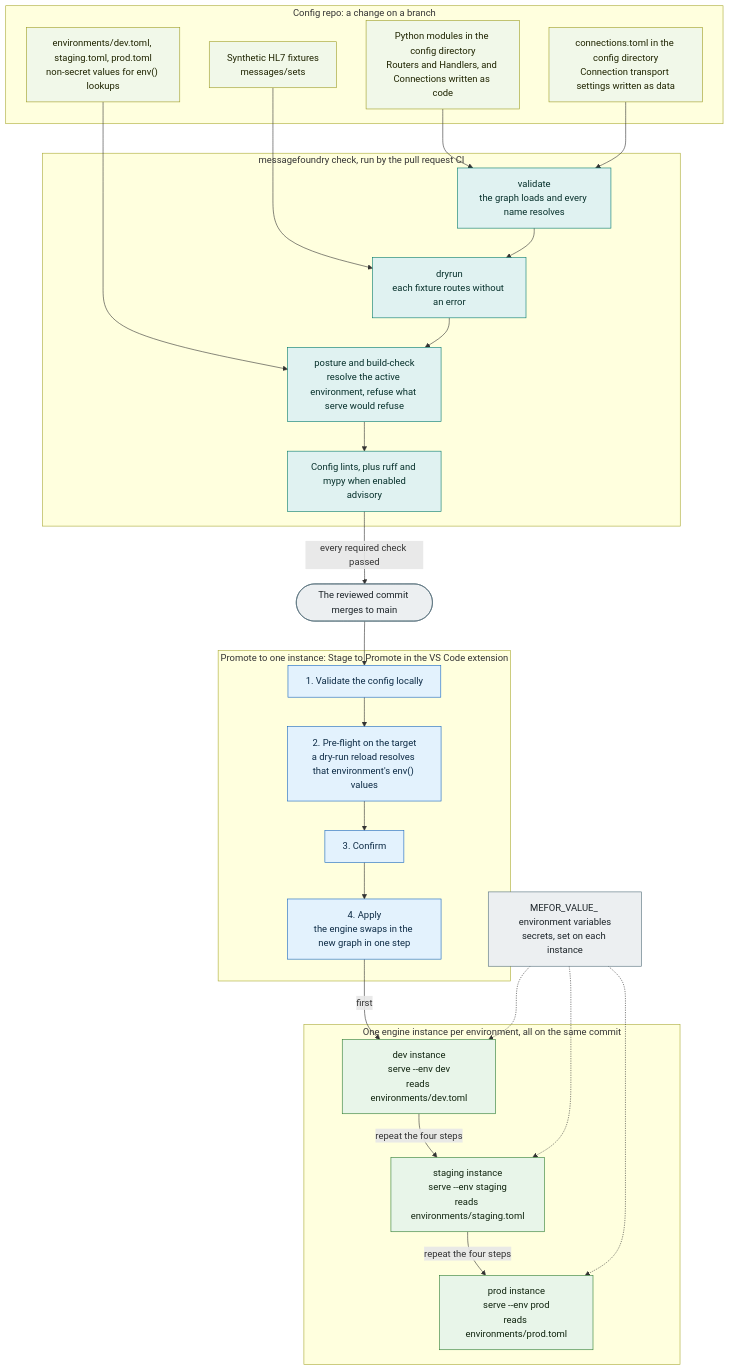
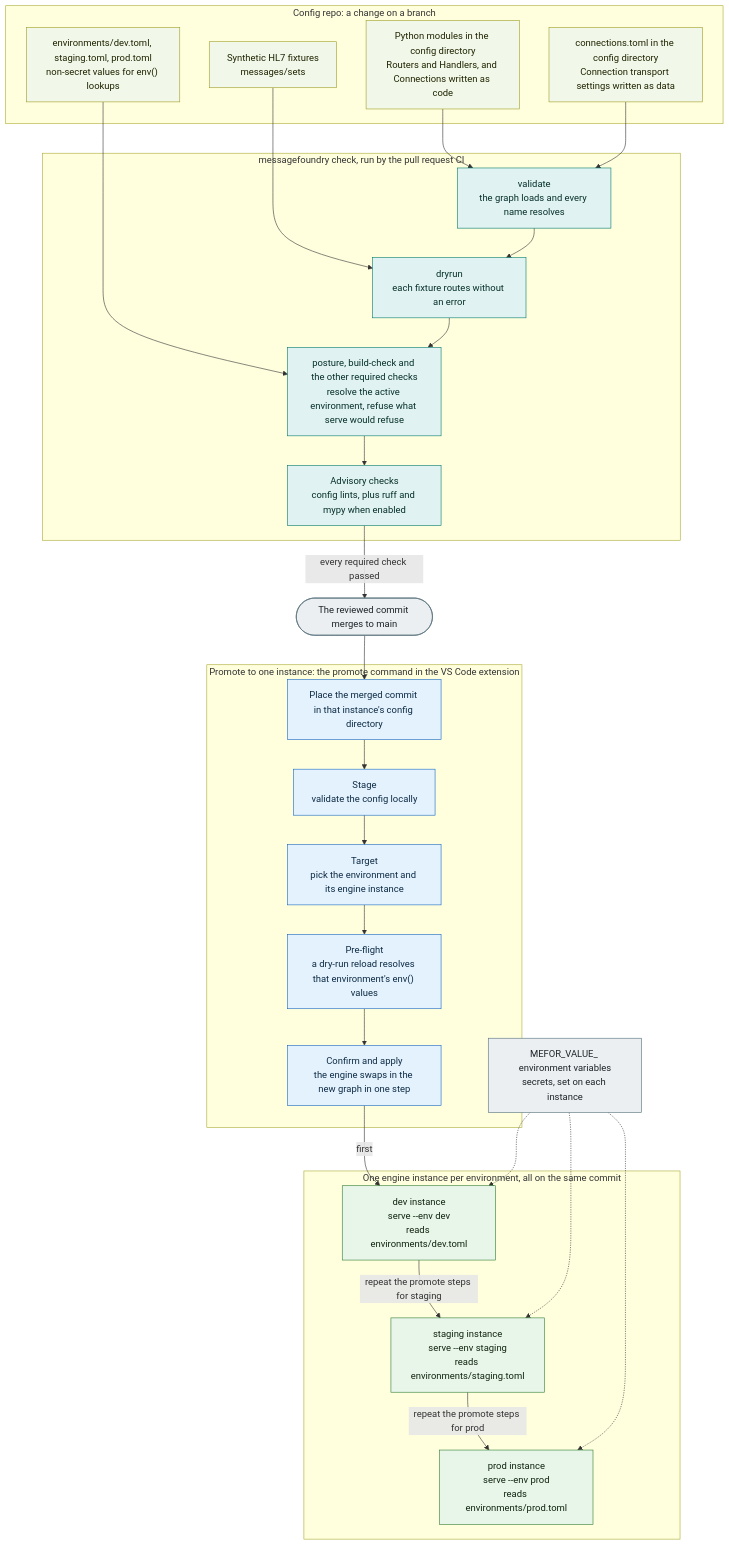
One commit to MEFORORG/MessageFoundry changed the diagram in docs/ADOPTER-CI.md. Above: the diagram before and after it, drawn with Mermaid. The commit also changed other lines of this file and 2 other files, not shown here.

First line of the commit message:
docs(diagrams): apply code-review round one to the three new diagrams

````diff
--- a/docs/ADOPTER-CI.md
+++ b/docs/ADOPTER-CI.md
@@ -32,58 +32,60 @@
 ```mermaid
 flowchart TB
   classDef cfg fill:#f1f8e9,stroke:#9e9d24,color:#1f2400;
   classDef devtool fill:#e0f2f1,stroke:#00796b,color:#06302b;
   classDef opstool fill:#e3f2fd,stroke:#1565c0,color:#0d2b45;
   classDef core fill:#e8f5e9,stroke:#2e7d32,color:#10240f;
   classDef ext fill:#eceff1,stroke:#546e7a,color:#1c2429;
 
   subgraph AUTHOR["Config repo: a change on a branch"]
     LOGIC["Python modules in the config directory<br/>Routers and Handlers, and Connections written as code"]:::cfg
     CONNS["connections.toml in the config directory<br/>Connection transport settings written as data"]:::cfg
     VALUES["environments/dev.toml, staging.toml, prod.toml<br/>non-secret values for env() lookups"]:::cfg
     FIXTURES["Synthetic HL7 fixtures<br/>messages/sets"]:::cfg
   end
 
   subgraph CHECK["messagefoundry check, run by the pull request CI"]
     VALIDATE["validate<br/>the graph loads and every name resolves"]:::devtool
     DRYRUN["dryrun<br/>each fixture routes without an error"]:::devtool
-    POSTURE["posture and build-check<br/>resolve the active environment, refuse what serve would refuse"]:::devtool
-    LINT["Config lints, plus ruff and mypy when enabled<br/>advisory"]:::devtool
+    POSTURE["posture, build-check and the other required checks<br/>resolve the active environment, refuse what serve would refuse"]:::devtool
+    LINT["Advisory checks<br/>config lints, plus ruff and mypy when enabled"]:::devtool
   end
 
   MERGED(["The reviewed commit merges to main"]):::ext
 
-  subgraph PROMOTE["Promote to one instance: Stage to Promote in the VS Code extension"]
-    LOCAL["1. Validate the config locally"]:::opstool
-    PREFLIGHT["2. Pre-flight on the target<br/>a dry-run reload resolves that environment's env() values"]:::opstool
-    CONFIRM["3. Confirm"]:::opstool
-    APPLY["4. Apply<br/>the engine swaps in the new graph in one step"]:::opstool
+  subgraph PROMOTE["Promote to one instance: the promote command in the VS Code extension"]
+    PLACE["Place the merged commit in that instance's config directory"]:::opstool
+    LOCAL["Stage<br/>validate the config locally"]:::opstool
+    TARGET["Target<br/>pick the environment and its engine instance"]:::opstool
+    PREFLIGHT["Pre-flight<br/>a dry-run reload resolves that environment's env() values"]:::opstool
+    APPLY["Confirm and apply<br/>the engine swaps in the new graph in one step"]:::opstool
   end
 
   subgraph INSTANCES["One engine instance per environment, all on the same commit"]
     DEV["dev instance<br/>serve --env dev<br/>reads environments/dev.toml"]:::core
     STAGING["staging instance<br/>serve --env staging<br/>reads environments/staging.toml"]:::core
     PROD["prod instance<br/>serve --env prod<br/>reads environments/prod.toml"]:::core
   end
 
   SECRETS["MEFOR_VALUE_ environment variables<br/>secrets, set on each instance"]:::ext
 
   LOGIC --> VALIDATE
   CONNS --> VALIDATE
   VALUES --> POSTURE
   FIXTURES --> DRYRUN
   VALIDATE --> DRYRUN
   DRYRUN --> POSTURE
   POSTURE --> LINT
   LINT -->|"every required check passed"| MERGED
-  MERGED --> LOCAL
-  LOCAL --> PREFLIGHT
-  PREFLIGHT --> CONFIRM
-  CONFIRM --> APPLY
+  MERGED --> PLACE
+  PLACE --> LOCAL
+  LOCAL --> TARGET
+  TARGET --> PREFLIGHT
+  PREFLIGHT --> APPLY
   APPLY -->|"first"| DEV
-  DEV -->|"repeat the four steps"| STAGING
-  STAGING -->|"repeat the four steps"| PROD
+  DEV -->|"repeat the promote steps for staging"| STAGING
+  STAGING -->|"repeat the promote steps for prod"| PROD
   SECRETS -.-> DEV
   SECRETS -.-> STAGING
   SECRETS -.-> PROD
 ```
````
